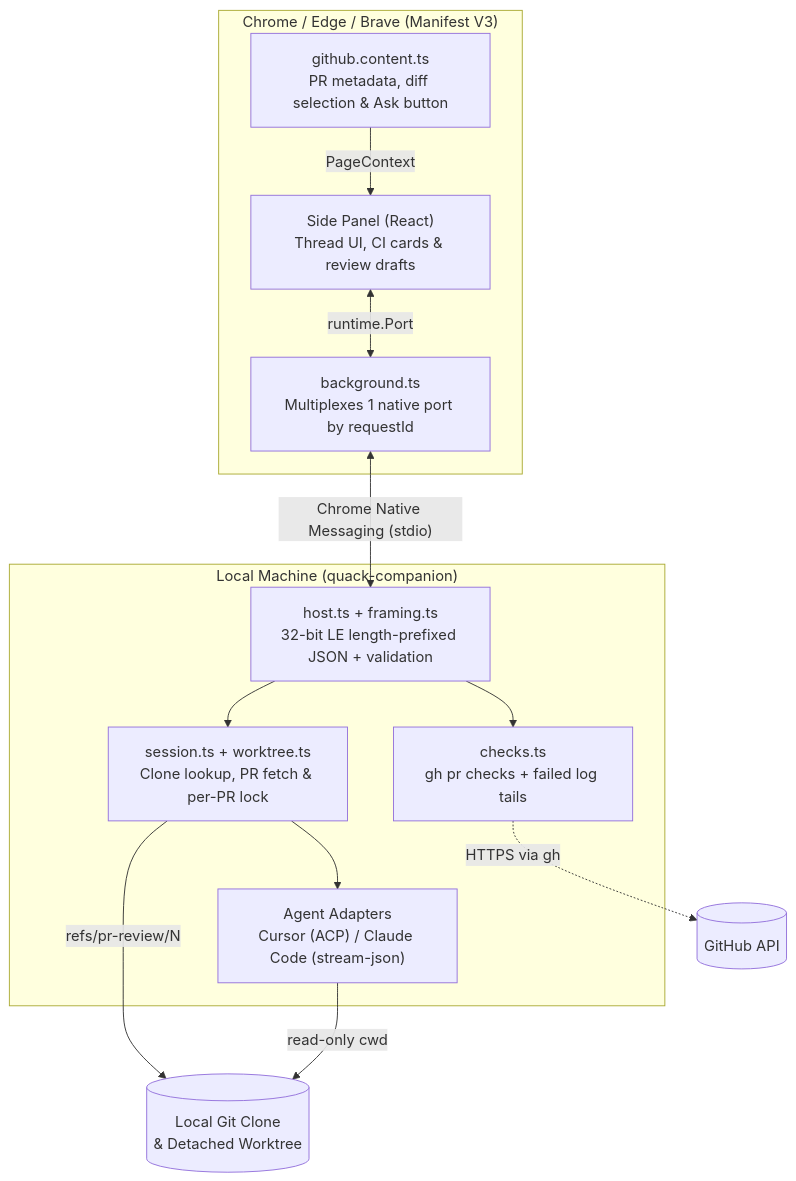
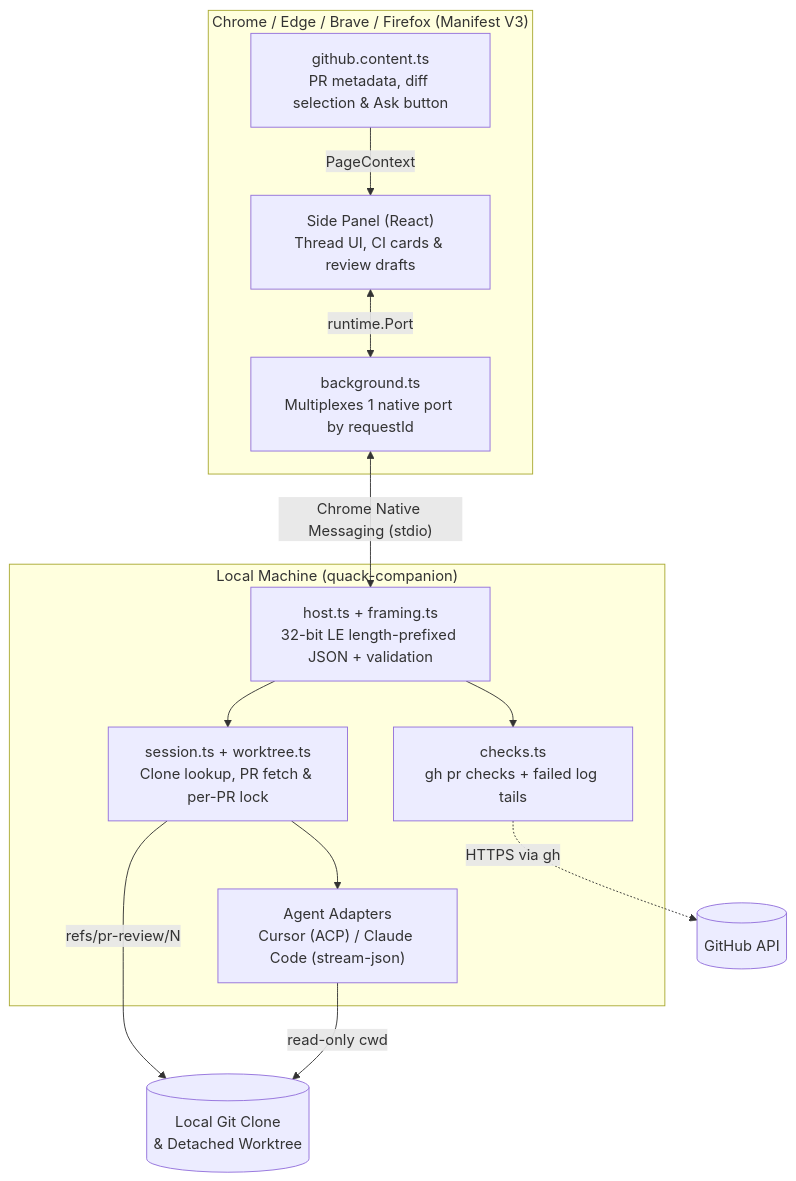
One commit to oicramps/quack changed the first of 2 diagrams in docs/architecture.md. Above: the diagram before and after it, drawn with Mermaid. The commit also changed other lines of this file and 17 other files, not shown here.

````diff
--- a/docs/architecture.md
+++ b/docs/architecture.md
@@ -15,25 +15,25 @@
 ```mermaid
 flowchart TB
-  subgraph Browser["Chrome / Edge / Brave (Manifest V3)"]
+  subgraph Browser["Chrome / Edge / Brave / Firefox (Manifest V3)"]
     CS["github.content.ts<br/>PR metadata, diff selection & Ask button"]
     SP["Side Panel (React)<br/>Thread UI, CI cards & review drafts"]
     BG["background.ts<br/>Multiplexes 1 native port by requestId"]
     CS -->|"PageContext"| SP
     SP <-->|"runtime.Port"| BG
   end
 
   subgraph Host["Local Machine (quack-companion)"]
     NM["host.ts + framing.ts<br/>32-bit LE length-prefixed JSON + validation"]
     SES["session.ts + worktree.ts<br/>Clone lookup, PR fetch & per-PR lock"]
     CHK["checks.ts<br/>gh pr checks + failed log tails"]
     ADP["Agent Adapters<br/>Cursor (ACP) / Claude Code (stream-json)"]
     NM --> SES
     NM --> CHK
     SES --> ADP
   end
 
   BG <-->|"Chrome Native Messaging (stdio)"| NM
   SES -->|"refs/pr-review/N"| GIT[("Local Git Clone<br/>& Detached Worktree")]
   ADP -->|"read-only cwd"| GIT
   CHK -.->|"HTTPS via gh"| GHAPI[("GitHub API")]
 ```
````
